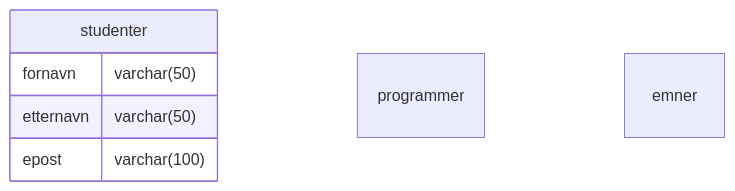
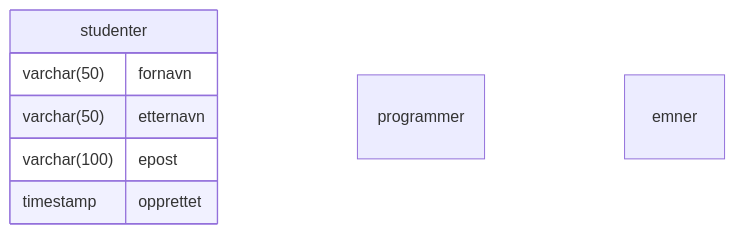
Before and after one commit to digitnow/data1500-forelesning: the third of 5 diagrams in forelesning05/forelesningsnotat-fra-modell-til-database.md, drawn with Mermaid. The commit also changed other lines of this file, not shown here.

Commit message:
test mermaid

````diff
--- a/forelesning05/forelesningsnotat-fra-modell-til-database.md
+++ b/forelesning05/forelesningsnotat-fra-modell-til-database.md
@@ -87,10 +88,11 @@
 ```mermaid
 erDiagram
     studenter {
-    	fornavn varchar(50) 
-    	etternavn varchar(50)
-    	epost varchar(100)
+   		varchar(50) fornavn
+        varchar(50) etternavn
+    	varchar(100) epost
+    	timestamp opprettet
     }
     programmer {}
     emner {}
 ```
````
